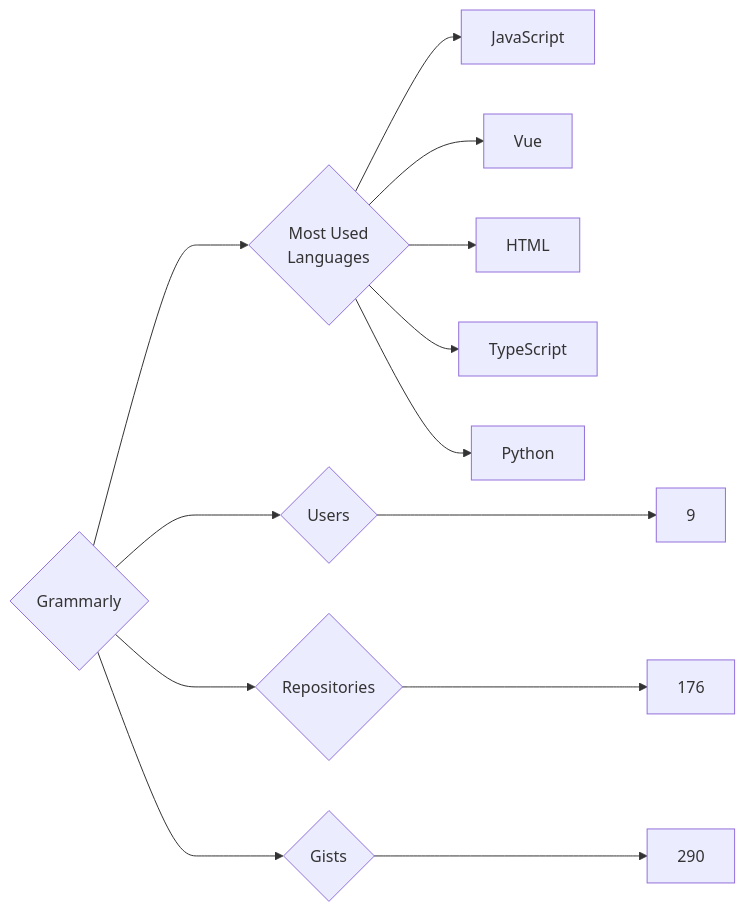
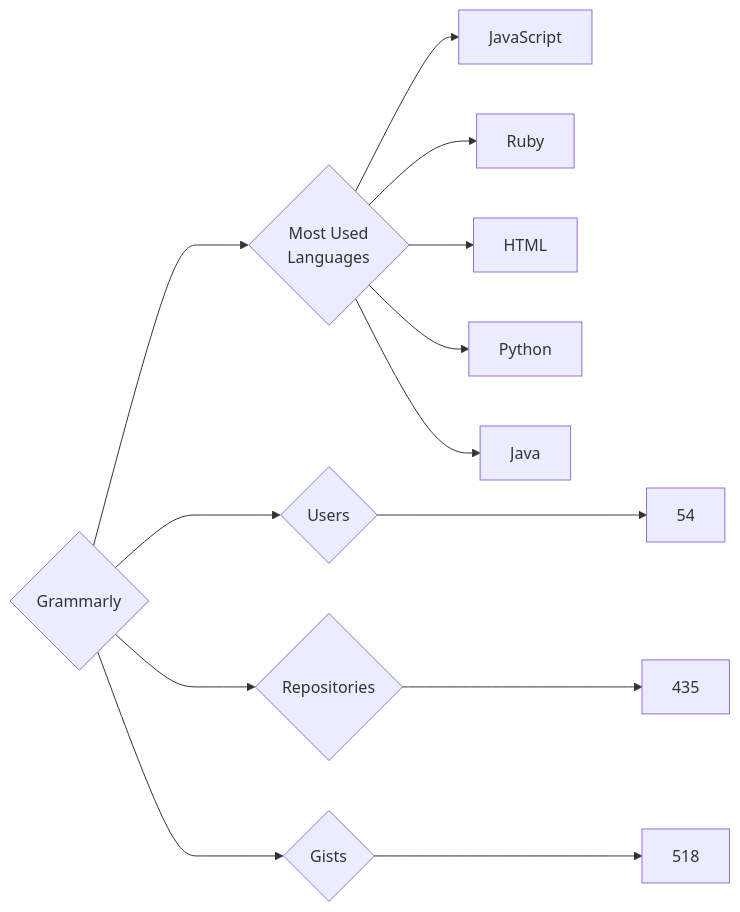
One commit to trickest/insiders changed the diagram in targets/Grammarly/README.md. Above: the diagram before and after it, drawn with Mermaid. The commit also changed 749 other files, not shown here.

````diff
--- a/targets/Grammarly/README.md
+++ b/targets/Grammarly/README.md
@@ -3,13 +3,13 @@
 ```mermaid
 graph LR
 COMPANY_NAME{Grammarly}
-COMPANY_NAME ---> U{Users} ---> UN[9]
-COMPANY_NAME ---> R{Repositories} ---> RN[176]
-COMPANY_NAME ---> G{Gists} ---> GN[290]
+COMPANY_NAME ---> U{Users} ---> UN[54]
+COMPANY_NAME ---> R{Repositories} ---> RN[435]
+COMPANY_NAME ---> G{Gists} ---> GN[518]
 COMPANY_NAME ---> ML{Most Used<br>Languages}
 ML --> JavaScript[JavaScript]
-ML --> Vue[Vue]
+ML --> Ruby[Ruby]
 ML --> HTML[HTML]
-ML --> TypeScript[TypeScript]
 ML --> Python[Python]
+ML --> Java[Java]
 ```
````
